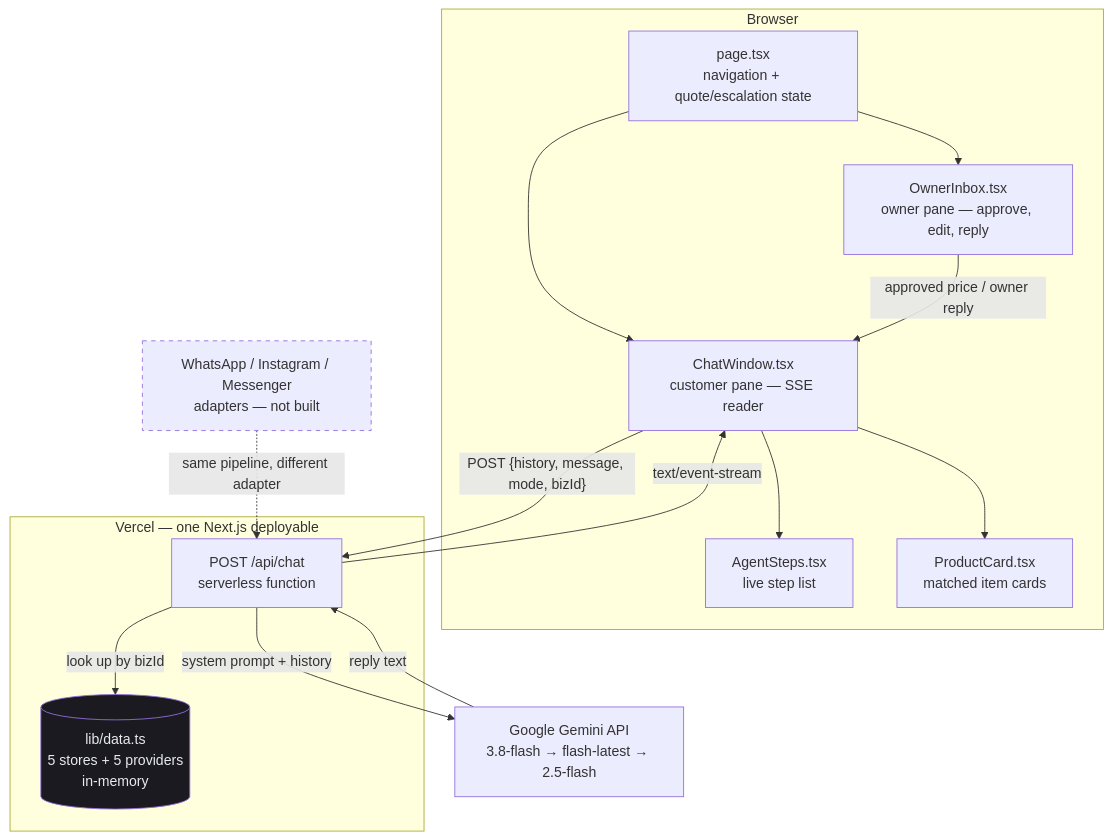
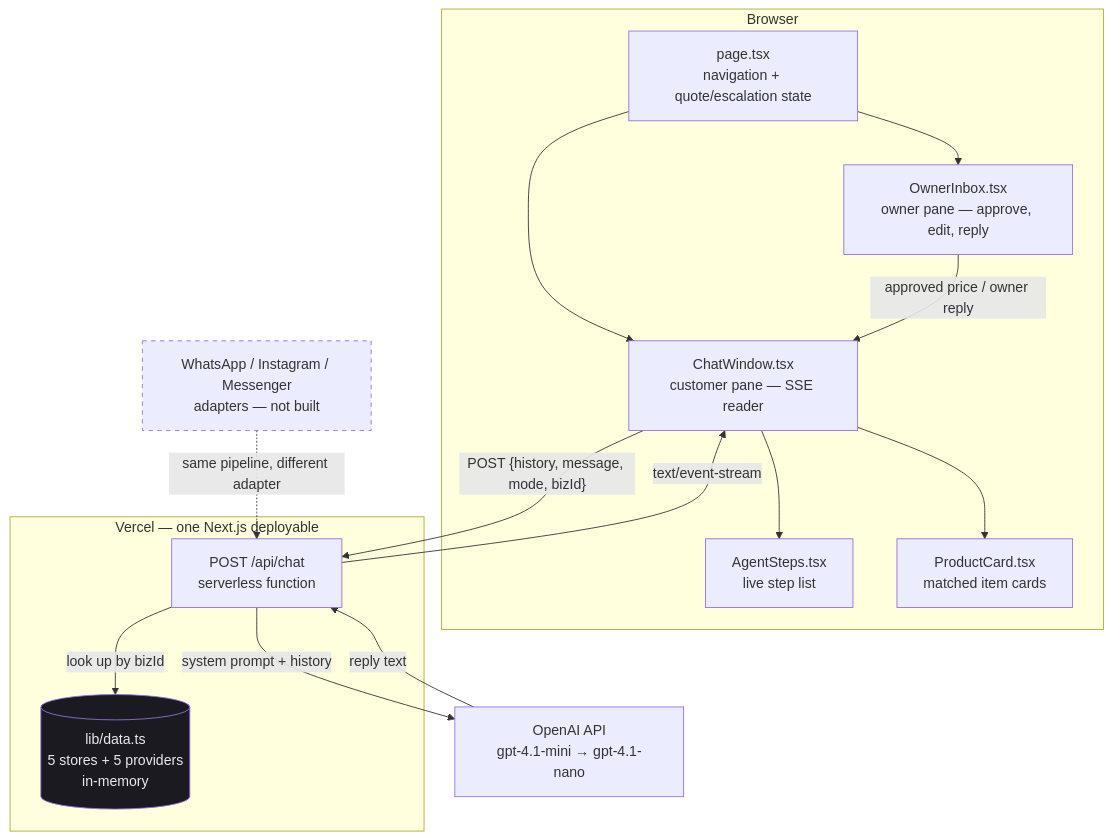
Before and after one commit to syedd176/rivon-agent: the first of 5 diagrams in IMPLEMENTATION.md, drawn with Mermaid. The commit also changed other lines of this file, not shown here.

First line of the commit message:
Update docs for the OpenAI switch

````diff
--- a/IMPLEMENTATION.md
+++ b/IMPLEMENTATION.md
@@ -240,34 +256,34 @@
 ```mermaid
 flowchart TB
     subgraph browser["Browser"]
         UI["page.tsx<br/>navigation + quote/escalation state"]
         CW["ChatWindow.tsx<br/>customer pane — SSE reader"]
         AS["AgentSteps.tsx<br/>live step list"]
         IC["ProductCard.tsx<br/>matched item cards"]
         OI["OwnerInbox.tsx<br/>owner pane — approve, edit, reply"]
         CW --> AS
         CW --> IC
         UI --> CW
         UI --> OI
         OI -->|"approved price / owner reply"| CW
     end
 
     subgraph vercel["Vercel — one Next.js deployable"]
         API["POST /api/chat<br/>serverless function"]
         DATA[("lib/data.ts<br/>5 stores + 5 providers<br/>in-memory")]
         API -->|"look up by bizId"| DATA
     end
 
-    GEM["Google Gemini API<br/>3.8-flash → flash-latest → 2.5-flash"]
+    GEM["OpenAI API<br/>gpt-4.1-mini → gpt-4.1-nano"]
 
     CW -->|"POST {history, message, mode, bizId}"| API
     API -->|"text/event-stream"| CW
     API -->|"system prompt + history"| GEM
     GEM -->|"reply text"| API
 
     FUTURE["WhatsApp / Instagram / Messenger<br/>adapters — not built"]
     FUTURE -.->|"same pipeline, different adapter"| API
 
     style FUTURE stroke-dasharray: 5 5
     style DATA fill:#1a1a20,color:#e8e8f0
 ```
````
